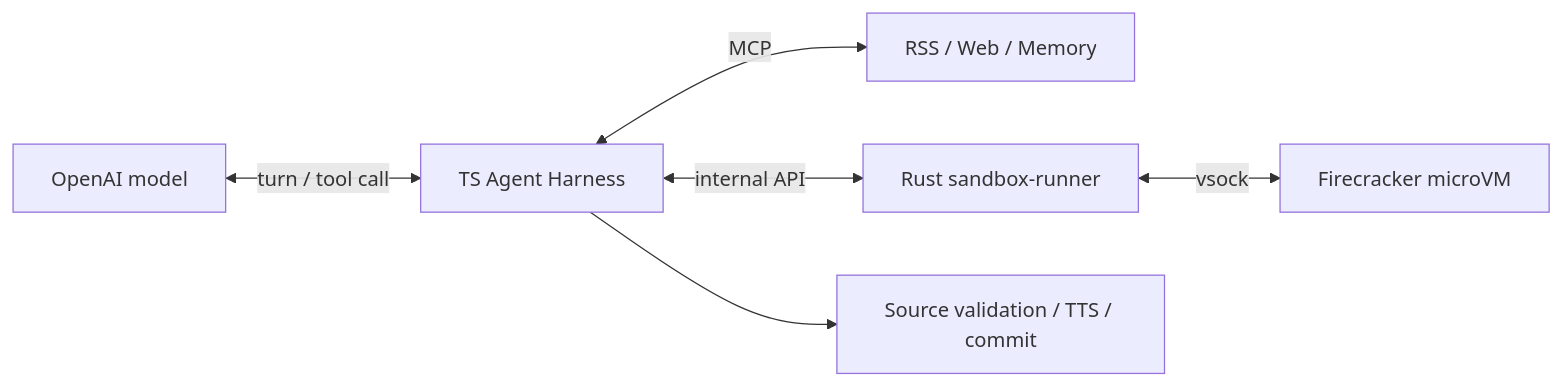
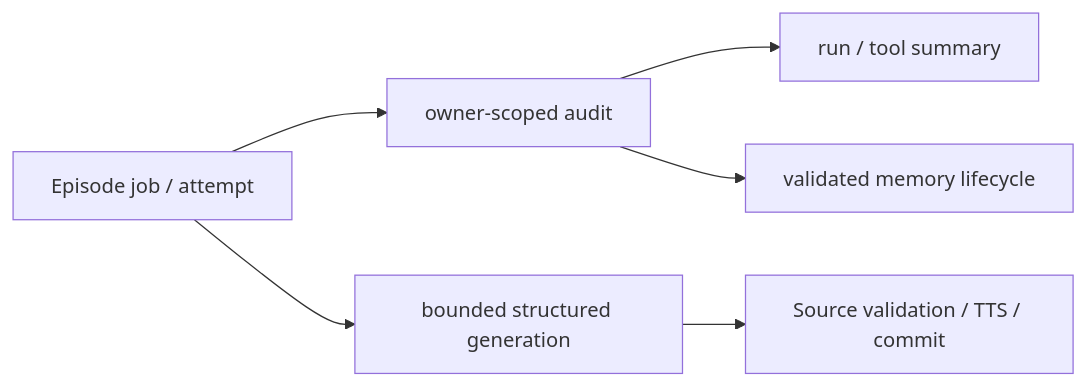
The fourth of 5 diagrams in docs/design.md (r4ai/news-podcast), drawn with Mermaid before and after one commit. The commit also changed other lines of this file and 9 other files, not shown here.

Commit message:
docs(architecture): close functional DDD migration

````diff
--- a/docs/design.md
+++ b/docs/design.md
@@ -224,8 +218,8 @@
 ```mermaid
 flowchart LR
-  OpenAI["OpenAI model"] <-->|turn / tool call| Harness["TS Agent Harness"]
-  Harness <-->|MCP| Broker["RSS / Web / Memory"]
-  Harness <-->|internal API| Runner["Rust sandbox-runner"]
-  Runner <-->|vsock| VM["Firecracker microVM"]
-  Harness --> Verify["Source validation / TTS / commit"]
+  Job["Episode job / attempt"] --> Audit["owner-scoped audit"]
+  Audit --> Event["run / tool summary"]
+  Audit --> Memory["validated memory lifecycle"]
+  Job --> Generate["bounded structured generation"]
+  Generate --> Verify["Source validation / TTS / commit"]
 ```
````
